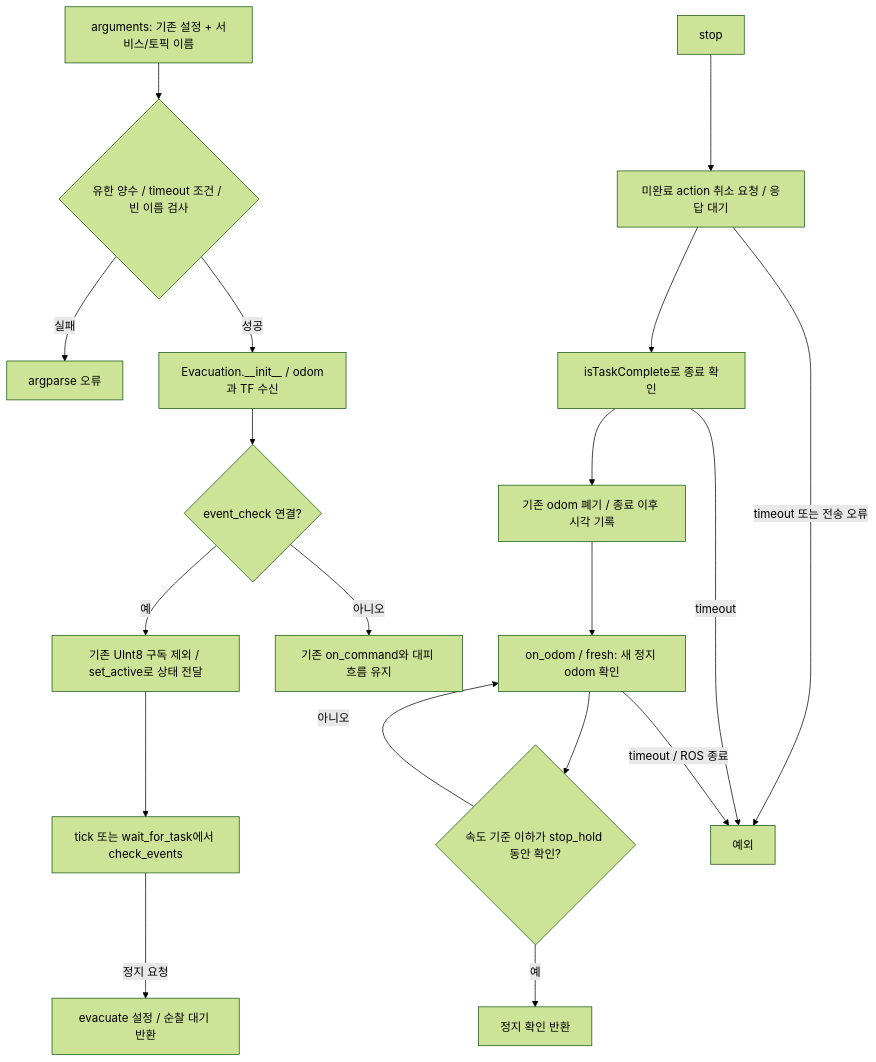
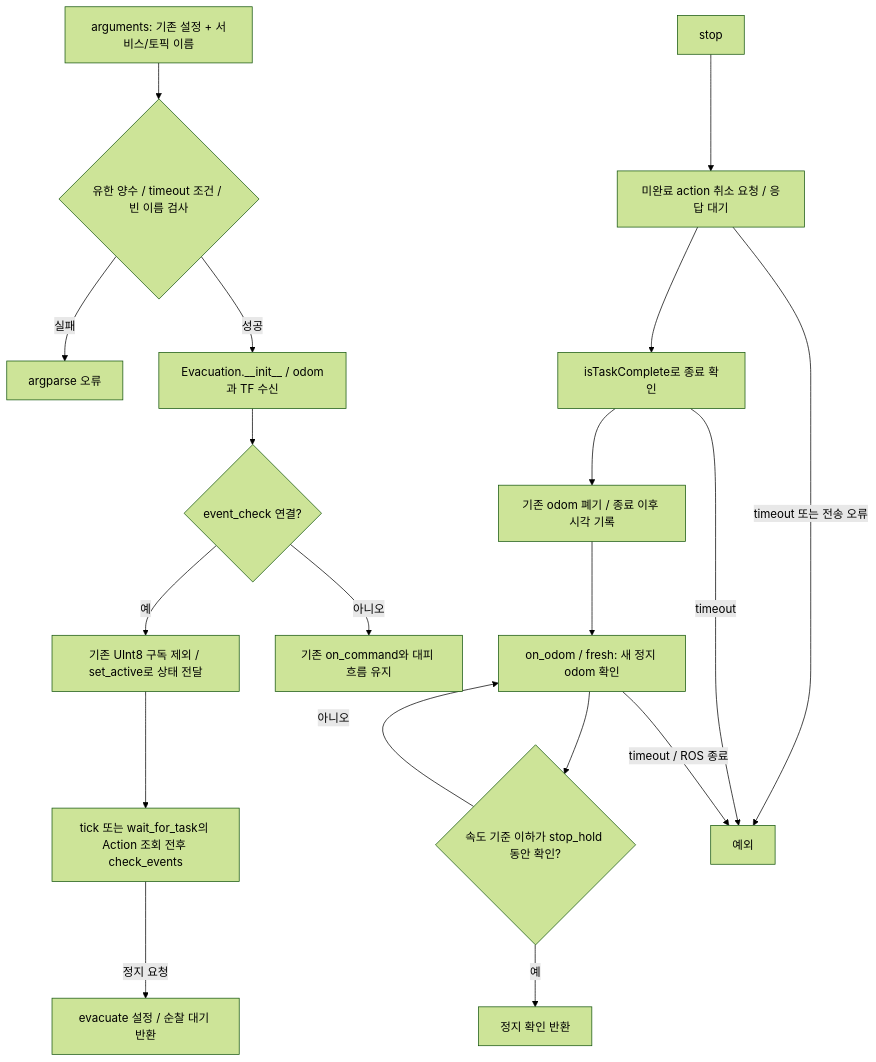
Before and after one commit to suuuhululu/patrol: the third of 6 diagrams in docs/event_check.md, drawn with Mermaid (forest theme). The commit also changed other lines of this file and 8 other files, not shown here.

````diff
--- a/docs/event_check.md
+++ b/docs/event_check.md
@@ -74,21 +74,21 @@
 ```mermaid
 flowchart TD
     A[arguments: 기존 설정 + 서비스/토픽 이름] --> V{유한 양수 / timeout 조건 / 빈 이름 검사}
     V -->|실패| E[argparse 오류]
     V -->|성공| I[Evacuation.__init__ / odom과 TF 수신]
     I --> Q{event_check 연결?}
     Q -->|예| C[기존 UInt8 구독 제외 / set_active로 상태 전달]
     Q -->|아니오| O[기존 on_command와 대피 흐름 유지]
-    C --> T[tick 또는 wait_for_task에서 check_events]
+    C --> T[tick 또는 wait_for_task의 Action 조회 전후 check_events]
     T -->|정지 요청| F[evacuate 설정 / 순찰 대기 반환]
     S[stop] --> K[미완료 action 취소 요청 / 응답 대기]
     K --> R[isTaskComplete로 종료 확인]
     R --> D[기존 odom 폐기 / 종료 이후 시각 기록]
     D --> W[on_odom / fresh: 새 정지 odom 확인]
     W --> H{속도 기준 이하가 stop_hold 동안 확인?}
     H -->|예| OK[정지 확인 반환]
     H -->|아니오| W
     K -->|timeout 또는 전송 오류| X[예외]
     R -->|timeout| X
     W -->|timeout / ROS 종료| X
 ```
````
